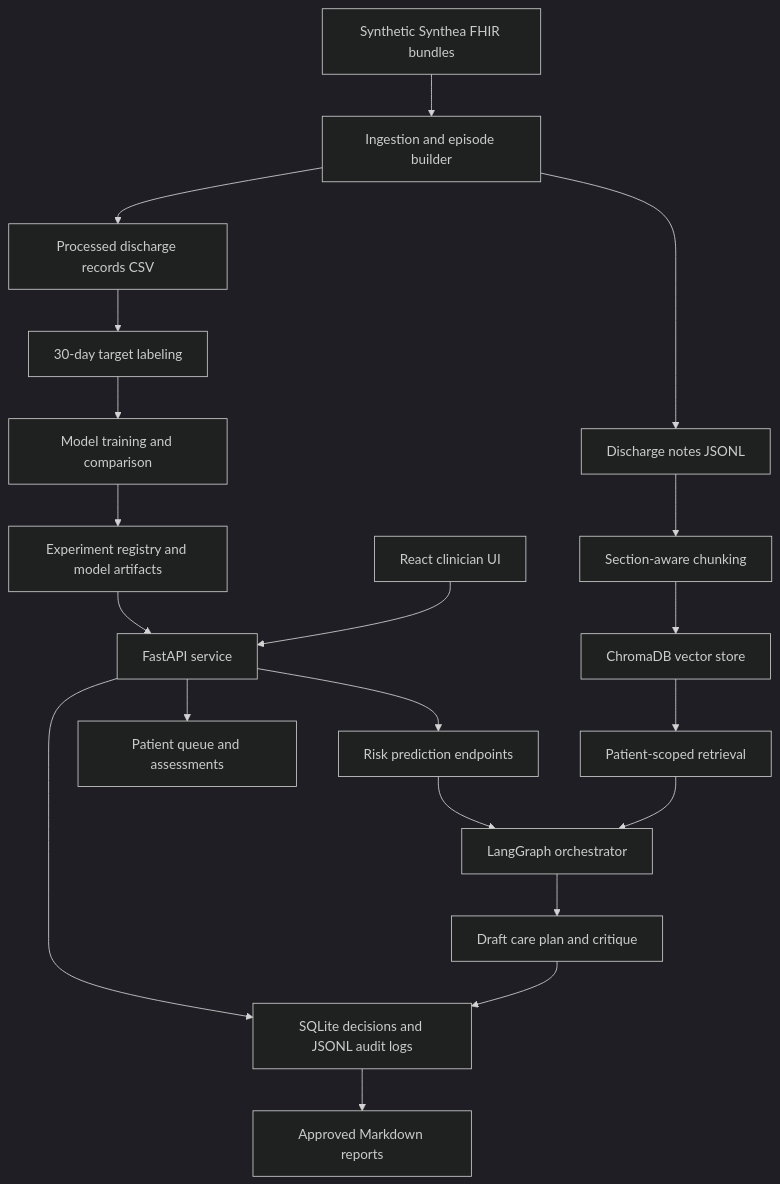
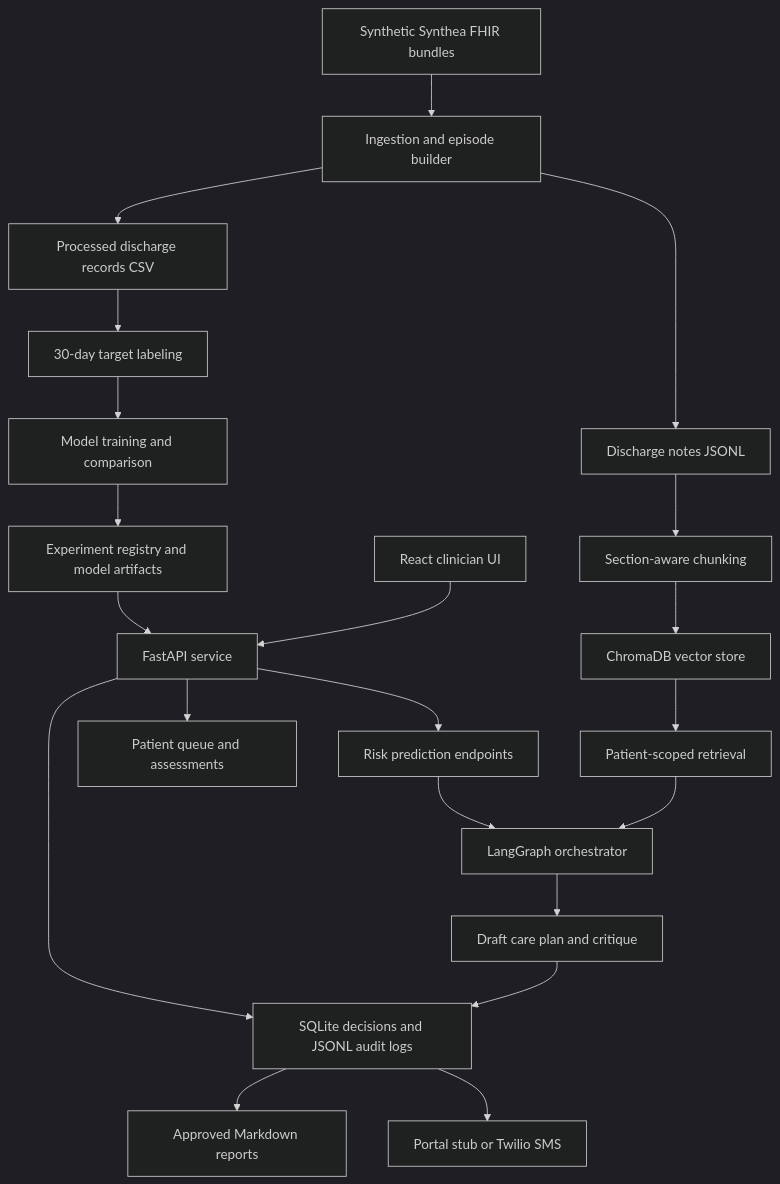
One commit to Day-Raval/Care-Transition-Copilot changed the first of 2 diagrams in ARCHITECTURE.md. Above: the diagram before and after it, drawn with Mermaid (dark theme). The commit also changed other lines of this file and 5 other files, not shown here.

````diff
--- a/ARCHITECTURE.md
+++ b/ARCHITECTURE.md
@@ -22,27 +22,28 @@
 ```mermaid
 flowchart TB
     samples["Synthetic Synthea FHIR bundles"] --> ingestion["Ingestion and episode builder"]
     ingestion --> records["Processed discharge records CSV"]
     ingestion --> notes["Discharge notes JSONL"]
 
     records --> target["30-day target labeling"]
     target --> modeling["Model training and comparison"]
     modeling --> registry["Experiment registry and model artifacts"]
     registry --> api["FastAPI service"]
 
     notes --> chunking["Section-aware chunking"]
     chunking --> vector["ChromaDB vector store"]
 
     api --> risk["Risk prediction endpoints"]
     api --> queue["Patient queue and assessments"]
     vector --> retrieval["Patient-scoped retrieval"]
     risk --> orchestrator["LangGraph orchestrator"]
     retrieval --> orchestrator
     orchestrator --> plan["Draft care plan and critique"]
 
     api --> decisions["SQLite decisions and JSONL audit logs"]
     plan --> decisions
     decisions --> reports["Approved Markdown reports"]
+    decisions --> notifications["Portal stub or Twilio SMS"]
 
     web["React clinician UI"] --> api
 ```
````
